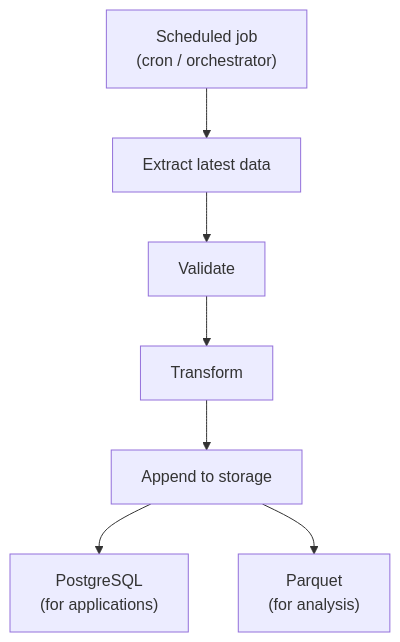
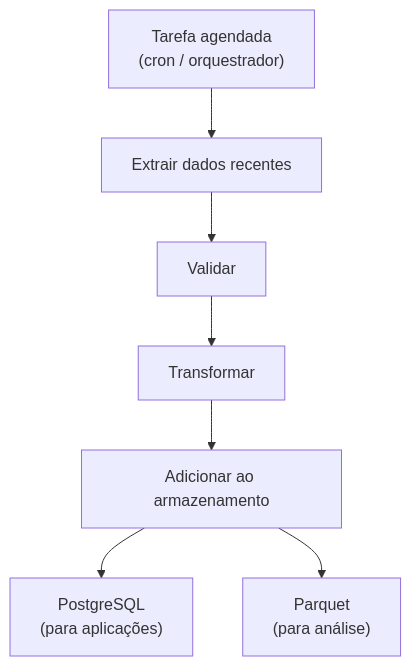
One commit to Quantilica/docs changed the third of 9 diagrams in docs/architecture/overview.md. Above: the diagram before and after it, drawn with Mermaid. The commit also changed other lines of this file and 31 other files, not shown here.

````diff
--- a/docs/architecture/overview.md
+++ b/docs/architecture/overview.md
@@ -220,9 +220,9 @@
 ```mermaid
 graph TD
-    A["Scheduled job<br/>(cron / orchestrator)"] --> B["Extract latest data"]
-    B --> C["Validate"]
-    C --> D["Transform"]
-    D --> E["Append to storage"]
-    E --> F["PostgreSQL<br/>(for applications)"]
-    E --> G["Parquet<br/>(for analysis)"]
+    A["Tarefa agendada<br/>(cron / orquestrador)"] --> B["Extrair dados recentes"]
+    B --> C["Validar"]
+    C --> D["Transformar"]
+    D --> E["Adicionar ao armazenamento"]
+    E --> F["PostgreSQL<br/>(para aplicações)"]
+    E --> G["Parquet<br/>(para análise)"]
 ```
````
